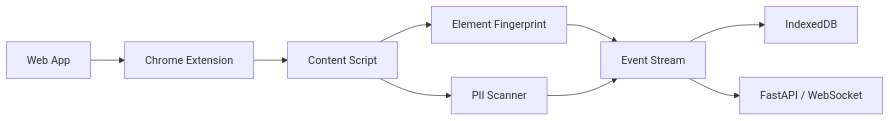
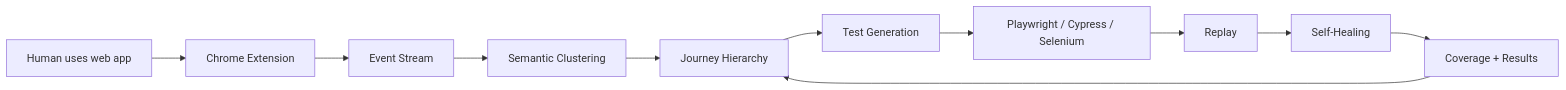
One commit to raphy78626/vigil changed the diagram in README.md. Above: the diagram before and after it, drawn with Mermaid. The commit also changed other lines of this file, not shown here.

````diff
--- a/README.md
+++ b/README.md
@@ -73,11 +55,13 @@
 ```mermaid
 graph LR
-    A[Web App] --> B[Chrome Extension]
-    B --> C[Content Script]
-    C --> D[Element Fingerprint]
-    C --> E[PII Scanner]
-    D --> F[Event Stream]
-    E --> F
-    F --> G[IndexedDB]
-    F --> H[FastAPI / WebSocket]
+    A[Human uses web app] --> B[Chrome Extension]
+    B --> C[Event Stream]
+    C --> D[Semantic Clustering]
+    D --> E[Journey Hierarchy]
+    E --> F[Test Generation]
+    F --> G[Playwright / Cypress / Selenium]
+    G --> H[Replay]
+    H --> I[Self-Healing]
+    I --> J[Coverage + Results]
+    J --> E
 ```
````
